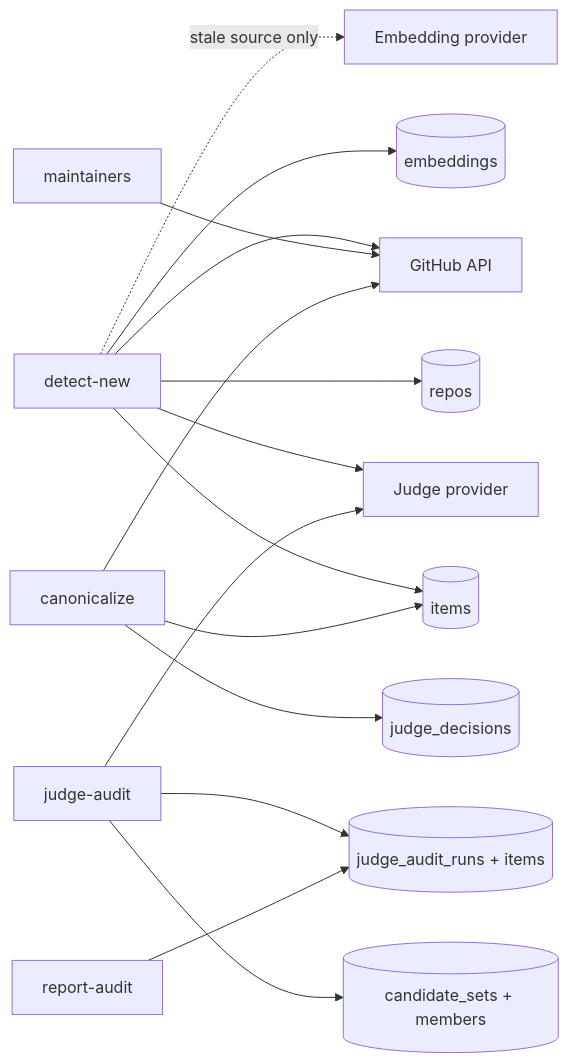
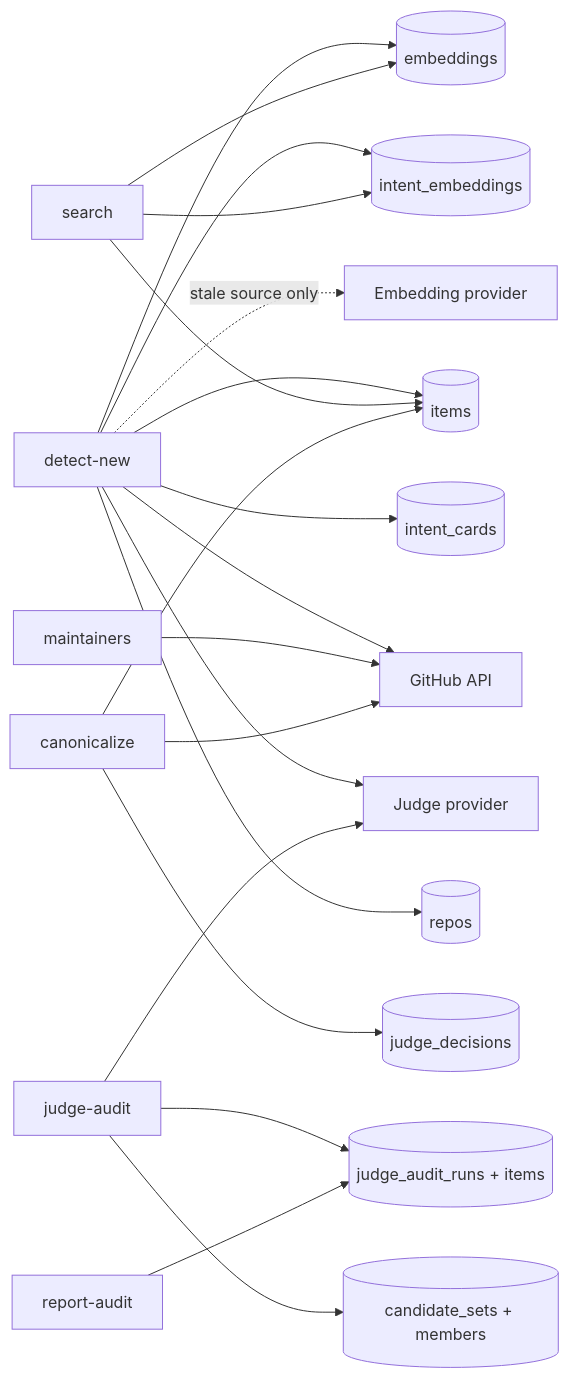
The sixth of 6 diagrams in docs/architecture.mdx (sebslight/dupcanon), drawn with Mermaid before and after one commit. The commit also changed other lines of this file and 20 other files, not shown here.

````diff
--- a/docs/architecture.mdx
+++ b/docs/architecture.mdx
@@ -283,21 +319,27 @@
 ```mermaid
 flowchart LR
   DET[detect-new] --> REPOS[(repos)]
   DET --> ITEMS[(items)]
+  DET --> ICARDS[(intent_cards)]
+  DET --> IEMBS[(intent_embeddings)]
   DET --> EMBS[(embeddings)]
   DET -.->|stale source only| EP[Embedding provider]
   DET --> JP[Judge provider]
   DET --> GH[GitHub API]
+
+  SEARCH[search] --> ITEMS
+  SEARCH --> EMBS
+  SEARCH --> IEMBS
 
   AUD[judge-audit] --> CSETS[(candidate_sets + members)]
   AUD --> ARUN[(judge_audit_runs + items)]
   AUD --> JP
 
   RAUD[report-audit] --> ARUN
 
   MAINT[maintainers] --> GH
 
   CAN[canonicalize] --> JDEC[(judge_decisions)]
   CAN --> ITEMS
   CAN --> GH
 ```
````
